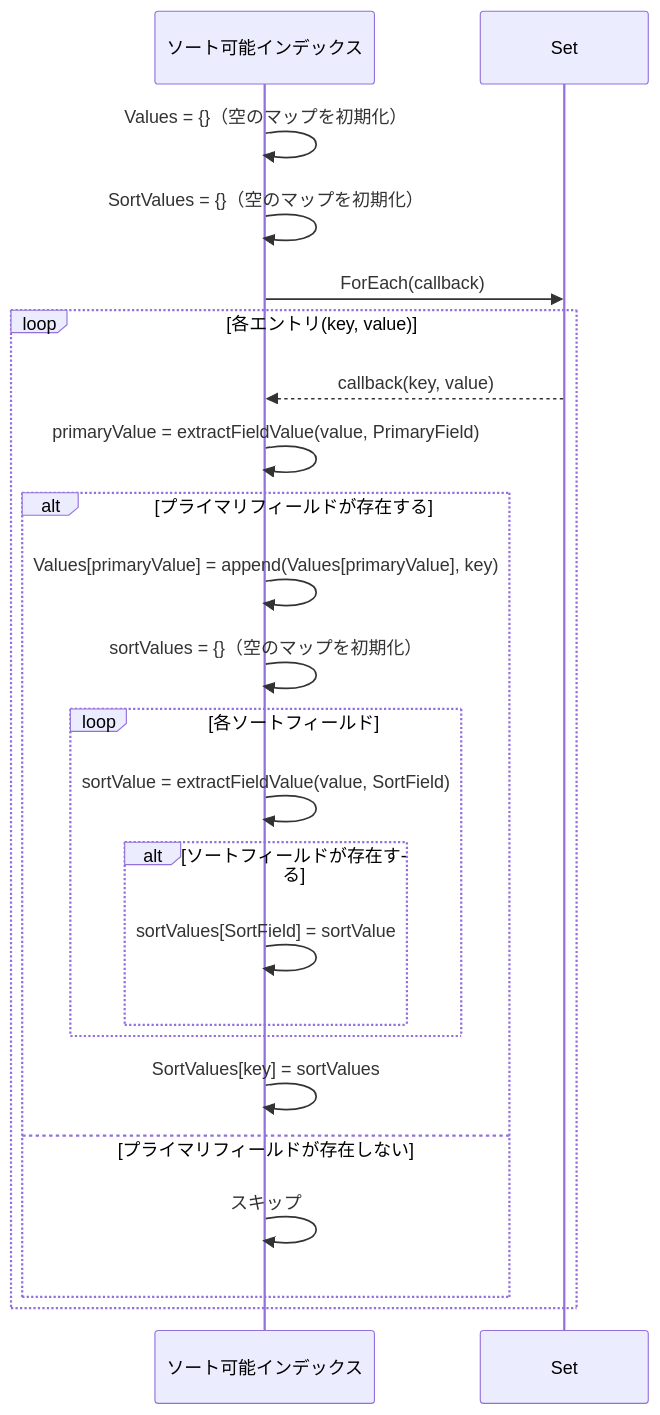
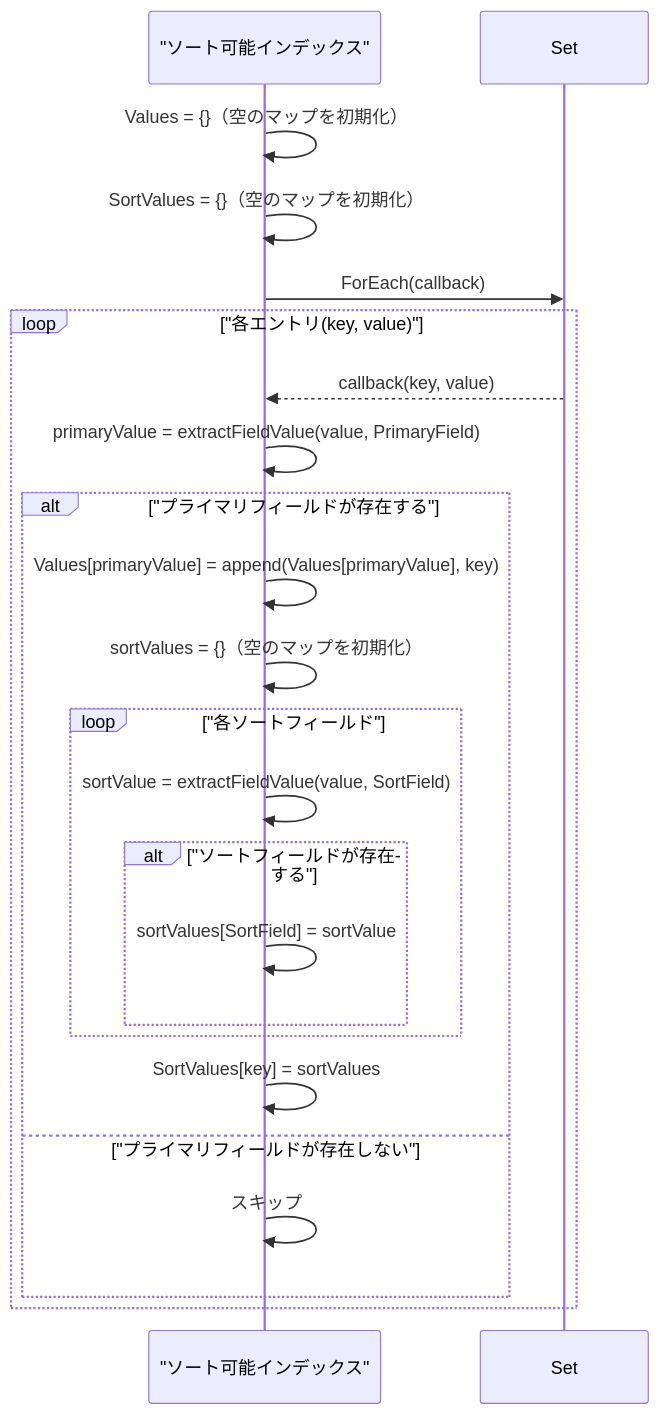
Diagram 11 of 12 in textbooks/07_index_algorithm.md (ssig33/fuckbase), drawn with Mermaid before and after one commit. The commit also changed other lines of this file and 6 other files, not shown here.

Commit message:
Fix Mermaid diagrams by properly enclosing Japanese text in double quotes to prevent control character misinterpretation

````diff
--- a/textbooks/07_index_algorithm.md
+++ b/textbooks/07_index_algorithm.md
@@ -220,25 +220,25 @@
 ```mermaid
 sequenceDiagram
-    participant Index as ソート可能インデックス
+    participant Index as "ソート可能インデックス"
     participant Set as Set
     Index->>Index: Values = {}（空のマップを初期化）
     Index->>Index: SortValues = {}（空のマップを初期化）
     Index->>Set: ForEach(callback)
-    loop 各エントリ(key, value)
+    loop "各エントリ(key, value)"
         Set-->>Index: callback(key, value)
         Index->>Index: primaryValue = extractFieldValue(value, PrimaryField)
-        alt プライマリフィールドが存在する
+        alt "プライマリフィールドが存在する"
             Index->>Index: Values[primaryValue] = append(Values[primaryValue], key)
             Index->>Index: sortValues = {}（空のマップを初期化）
-            loop 各ソートフィールド
+            loop "各ソートフィールド"
                 Index->>Index: sortValue = extractFieldValue(value, SortField)
-                alt ソートフィールドが存在する
+                alt "ソートフィールドが存在する"
                     Index->>Index: sortValues[SortField] = sortValue
                 end
             end
             Index->>Index: SortValues[key] = sortValues
-        else プライマリフィールドが存在しない
+        else "プライマリフィールドが存在しない"
             Index->>Index: スキップ
         end
     end
 ```
````
